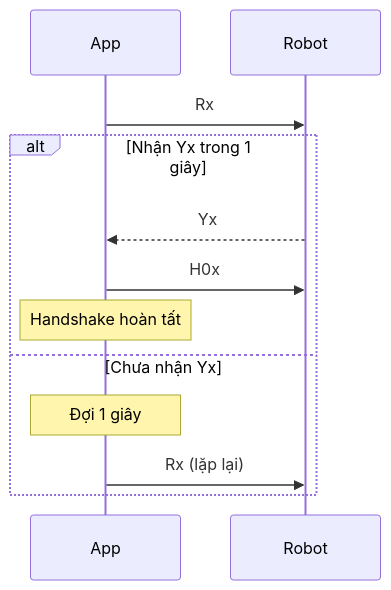
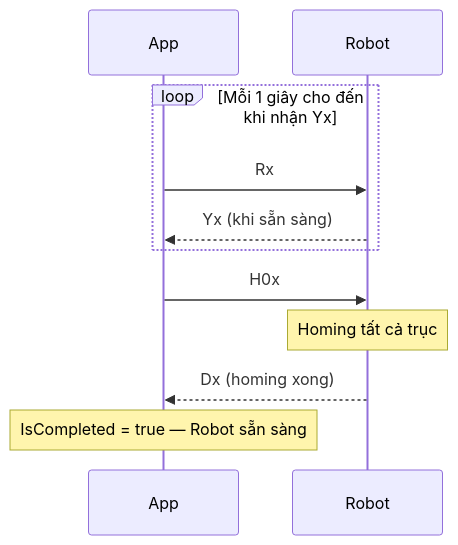
One commit to cmsang/haui changed the first of 3 diagrams in Haui.PCB/docs/ROBOT_WORKFLOW.md. Above: the diagram before and after it, drawn with Mermaid. The commit also changed other lines of this file and 15 other files, not shown here.

````diff
--- a/Haui.PCB/docs/ROBOT_WORKFLOW.md
+++ b/Haui.PCB/docs/ROBOT_WORKFLOW.md
@@ -135,15 +185,14 @@
 ```mermaid
 sequenceDiagram
     participant App
     participant Robot
 
-    App->>Robot: Rx
-    alt Nhận Yx trong 1 giây
-        Robot-->>App: Yx
-        App->>Robot: H0x
-        Note over App: Handshake hoàn tất
-    else Chưa nhận Yx
-        Note over App: Đợi 1 giây
-        App->>Robot: Rx (lặp lại)
+    loop Mỗi 1 giây cho đến khi nhận Yx
+        App->>Robot: Rx
+        Robot-->>App: Yx (khi sẵn sàng)
     end
+    App->>Robot: H0x
+    Note over Robot: Homing tất cả trục
+    Robot-->>App: Dx (homing xong)
+    Note over App: IsCompleted = true — Robot sẵn sàng
 ```
````
